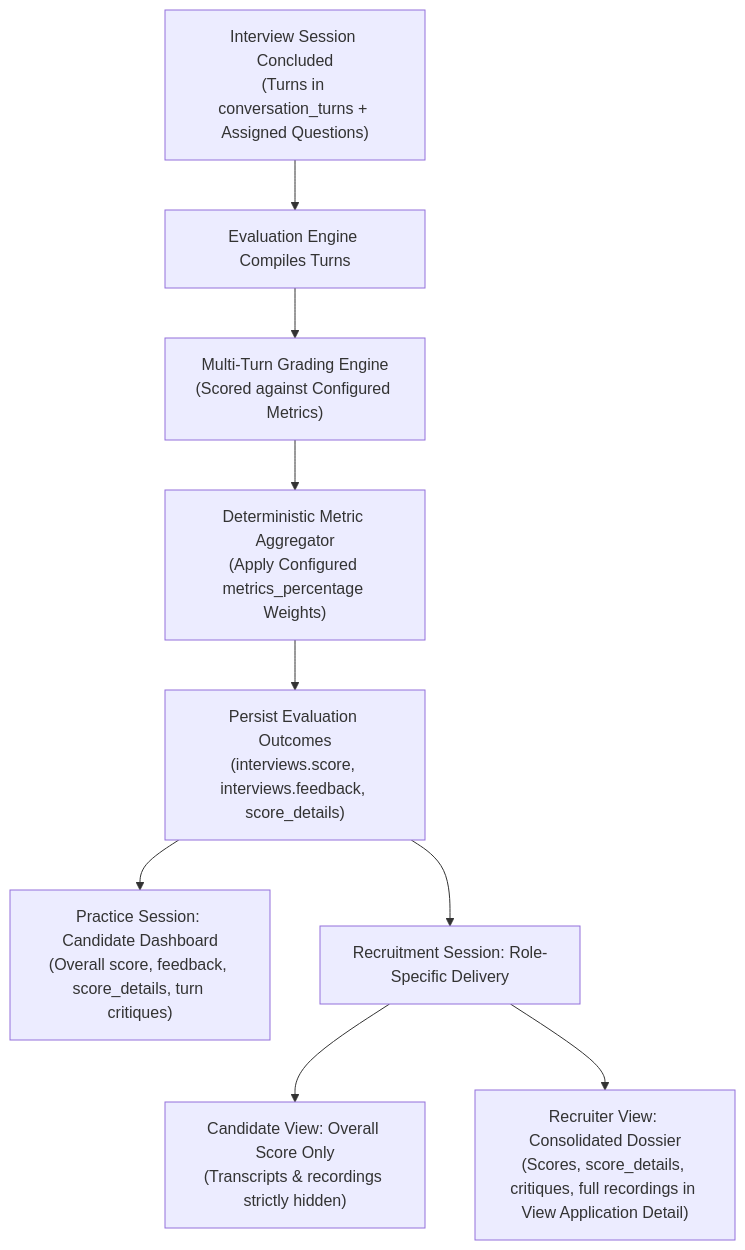
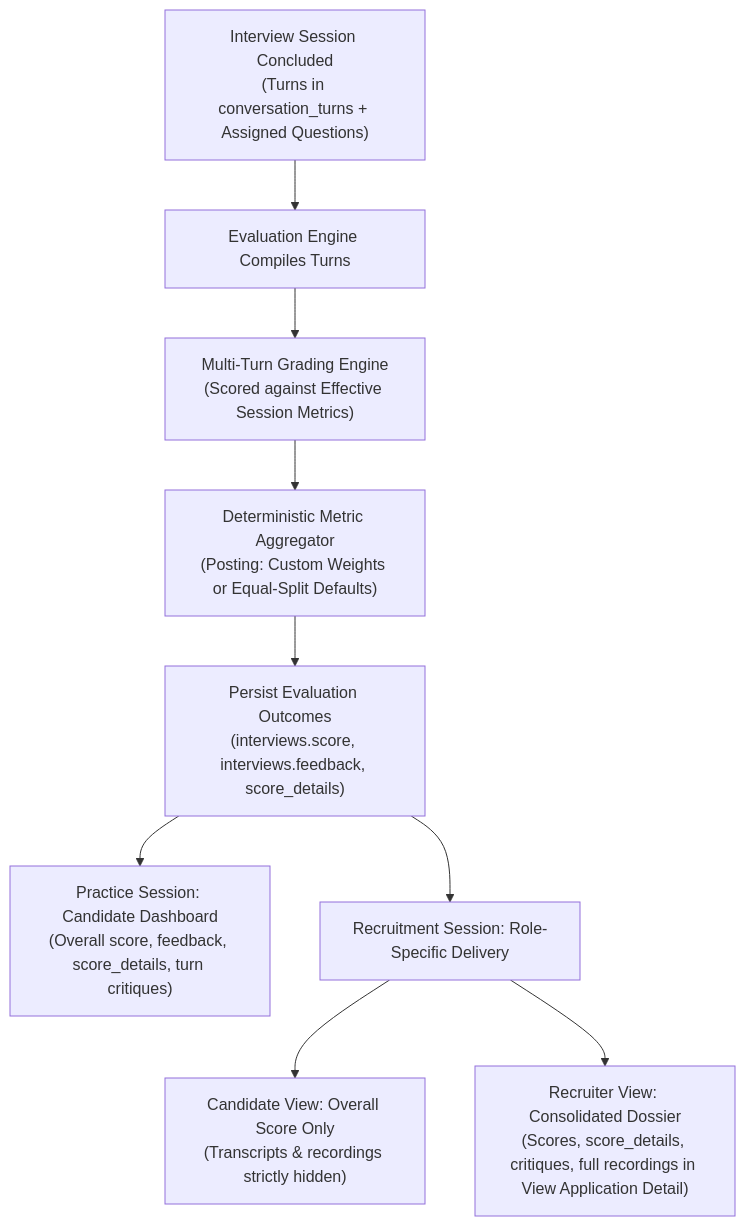
Before and after one commit to cog-forge/role-cue-brain: the diagram in 01_Domains/Evaluation/README.md, drawn with Mermaid. The commit also changed other lines of this file and 14 other files, not shown here.

````diff
--- a/01_Domains/Evaluation/README.md
+++ b/01_Domains/Evaluation/README.md
@@ -63,12 +64,12 @@
 ```mermaid
 flowchart TD
     A["Interview Session Concluded<br/>(Turns in conversation_turns + Assigned Questions)"] --> B["Evaluation Engine Compiles Turns"]
-    B --> C["Multi-Turn Grading Engine<br/>(Scored against Configured Metrics)"]
-    C --> D["Deterministic Metric Aggregator<br/>(Apply Configured metrics_percentage Weights)"]
+    B --> C["Multi-Turn Grading Engine<br/>(Scored against Effective Session Metrics)"]
+    C --> D["Deterministic Metric Aggregator<br/>(Posting: Custom Weights or Equal-Split Defaults)"]
     D --> E["Persist Evaluation Outcomes<br/>(interviews.score, interviews.feedback, score_details)"]
     
     E --> G1["Practice Session: Candidate Dashboard<br/>(Overall score, feedback, score_details, turn critiques)"]
     E --> G2["Recruitment Session: Role-Specific Delivery"]
     G2 --> H1["Candidate View: Overall Score Only<br/>(Transcripts & recordings strictly hidden)"]
     G2 --> H2["Recruiter View: Consolidated Dossier<br/>(Scores, score_details, critiques, full recordings in View Application Detail)"]
 ```
````
